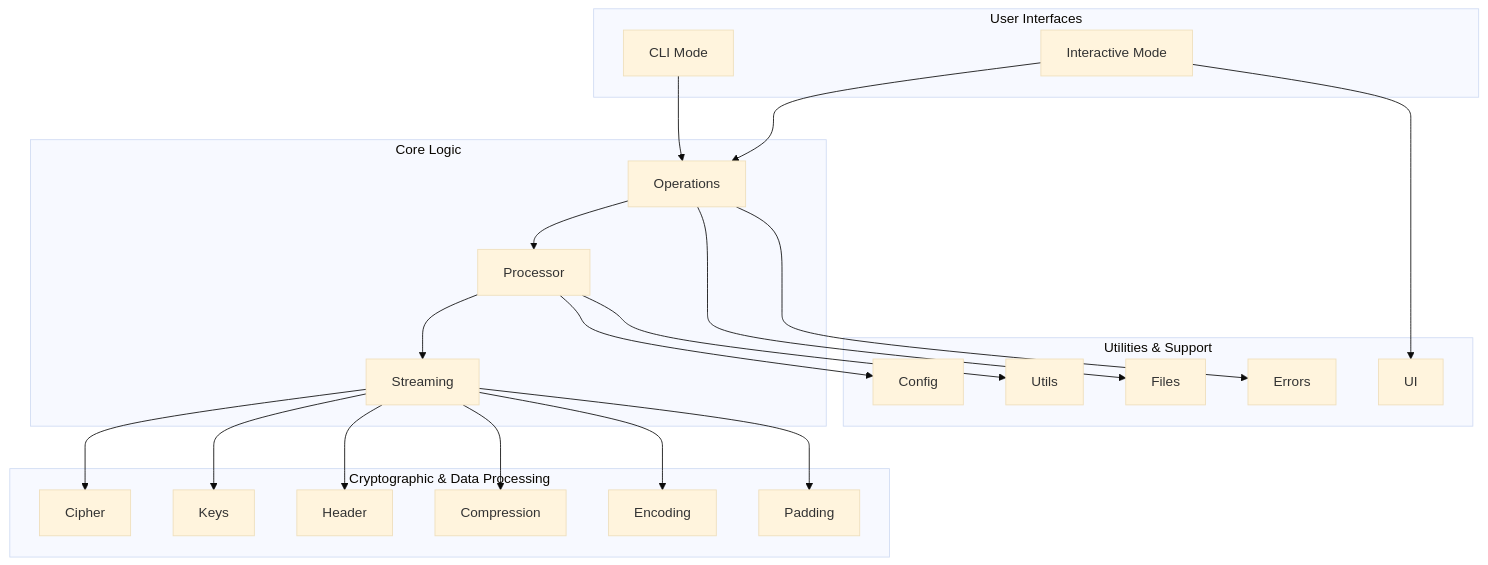
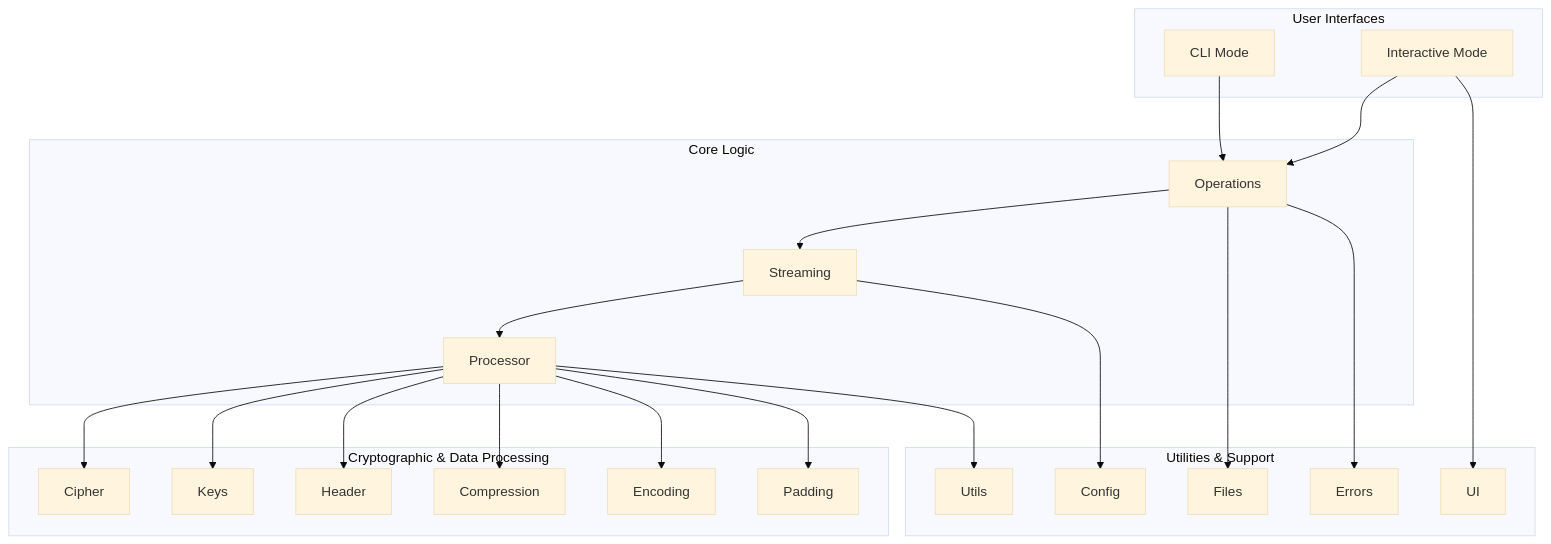
One commit to hambosto/sweetbyte changed the diagram in README.md. Above: the diagram before and after it, drawn with Mermaid (base theme). The commit also changed other lines of this file, not shown here.

First line of the commit message:
docs(readme): refine architecture and file format details

````diff
--- a/README.md
+++ b/README.md
@@ -83,49 +83,49 @@
 ```mermaid
 graph TD
     subgraph "User Interfaces"
         A[CLI Mode]
         B[Interactive Mode]
     end
 
     subgraph "Core Logic"
         C[Operations]
+        E[Streaming]
         D[Processor]
-        E[Streaming]
     end
 
     subgraph "Cryptographic & Data Processing"
         F[Cipher]
         G[Keys]
         H[Header]
         I[Compression]
         J[Encoding]
         K[Padding]
     end
 
     subgraph "Utilities & Support"
         L[Files]
         M[UI]
         N[Config]
         O[Errors]
         P[Utils]
     end
 
     A --> C
     B --> C
 
-    C --> D
-    D --> E
+    C --> E
+    E --> D
 
-    E --> F
-    E --> G
-    E --> H
-    E --> I
-    E --> J
-    E --> K
+    D --> F
+    D --> G
+    D --> H
+    D --> I
+    D --> J
+    D --> K
 
     C --> L
     B --> M
-    D --> N
+    E --> N
     C --> O
     D --> P
 ```
````
